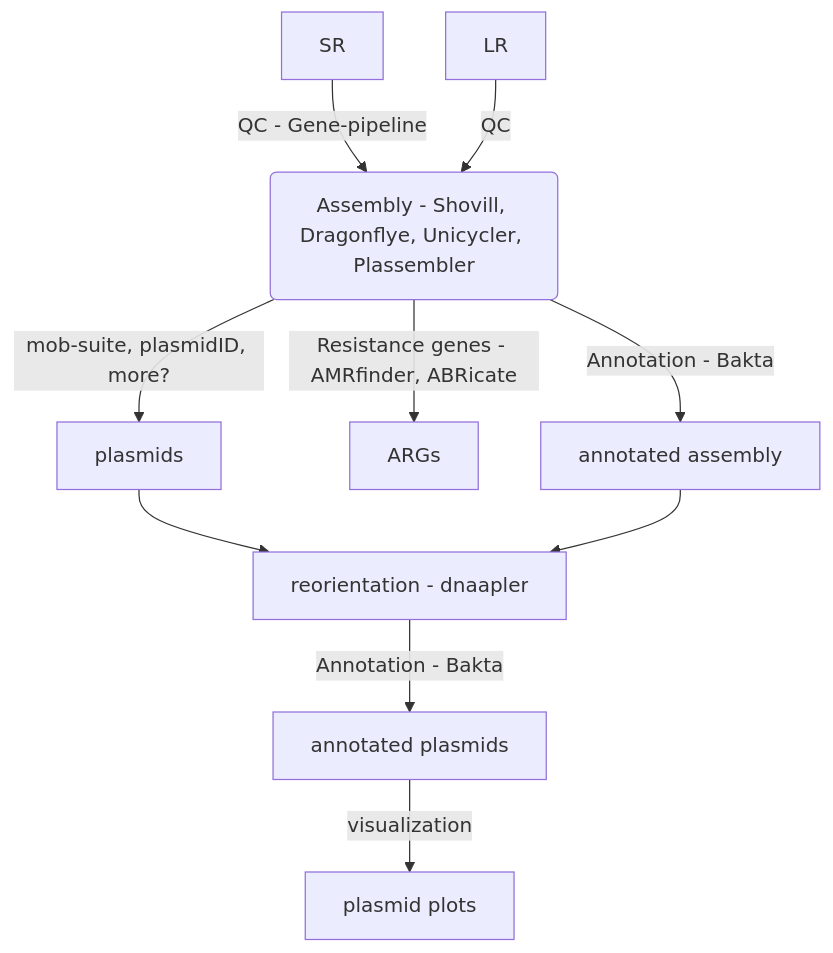
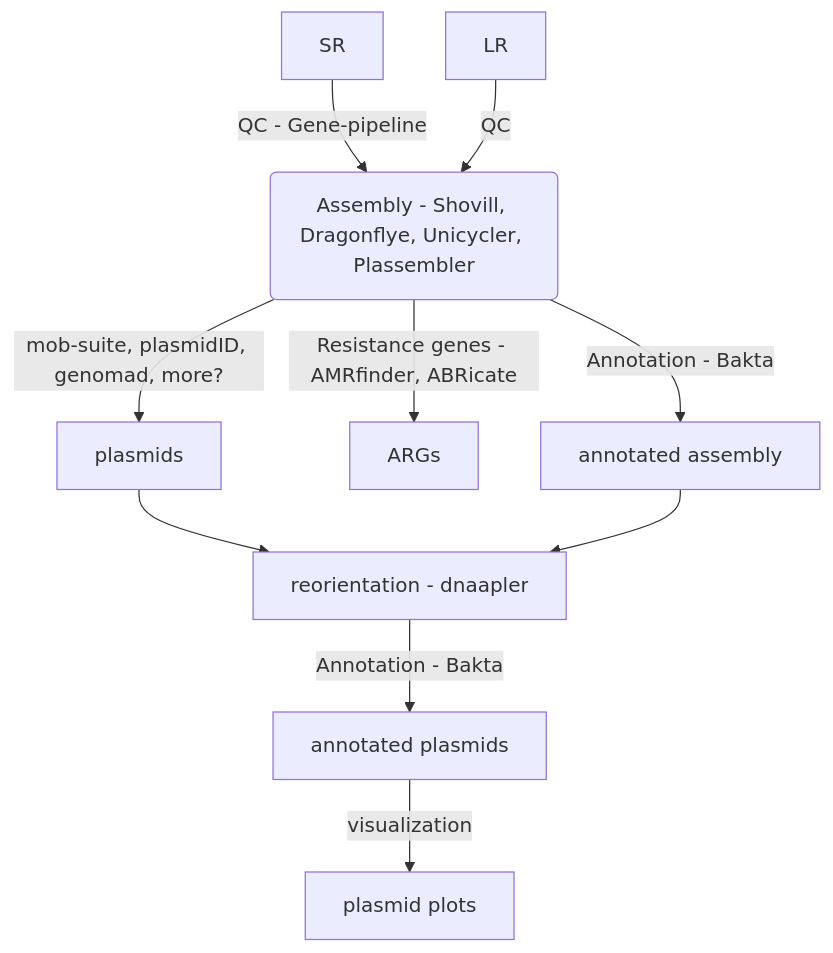
The diagram in plasmid-pipeline/workflow.md (motroy/WGS-mini-dataset), drawn with Mermaid before and after one commit.

````diff
--- a/plasmid-pipeline/workflow.md
+++ b/plasmid-pipeline/workflow.md
@@ -1,12 +1,12 @@
 ```mermaid
 flowchart TD
     A[SR] -->|QC - Gene-pipeline| C(Assembly)
     B[LR] -->| QC | C(Assembly - Shovill, Dragonflye, Unicycler, Plassembler)
-    C -->|mob-suite, plasmidID, more?| D[plasmids]
+    C -->|mob-suite, plasmidID, genomad, more?| D[plasmids]
     C -->|Resistance genes - AMRfinder, ABRicate| E[ARGs]
     C -->|Annotation - Bakta| F[annotated assembly]
     D --> G[reorientation - dnaapler]
     G --> |Annotation - Bakta| H[annotated plasmids]
     H --> |visualization| I[plasmid plots]
     F --> G
 ```
````
